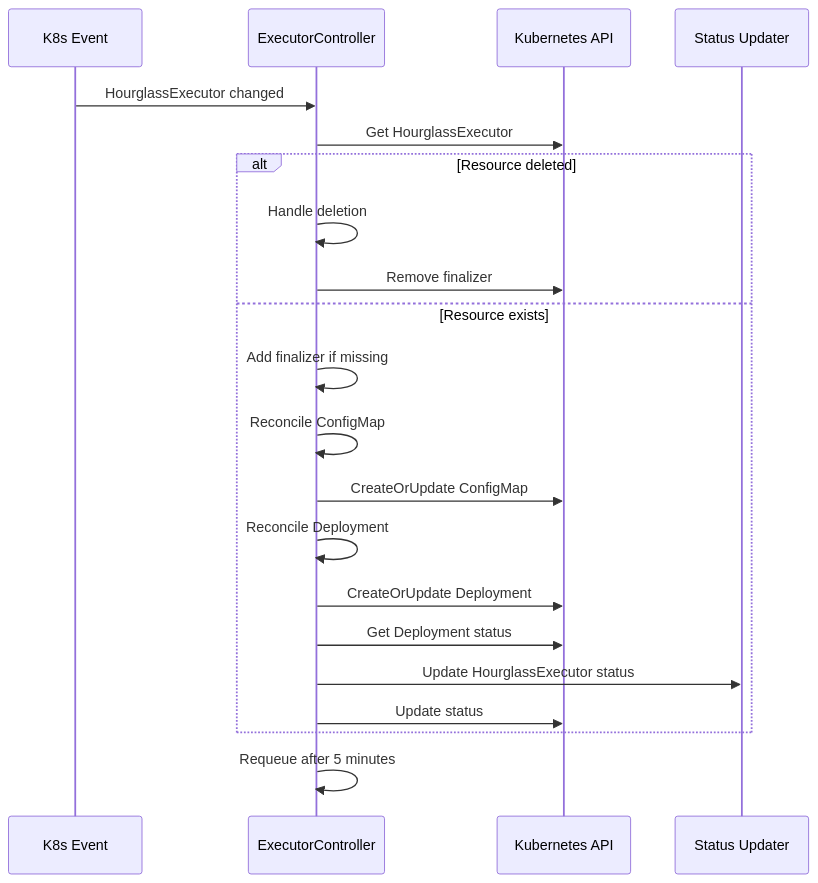
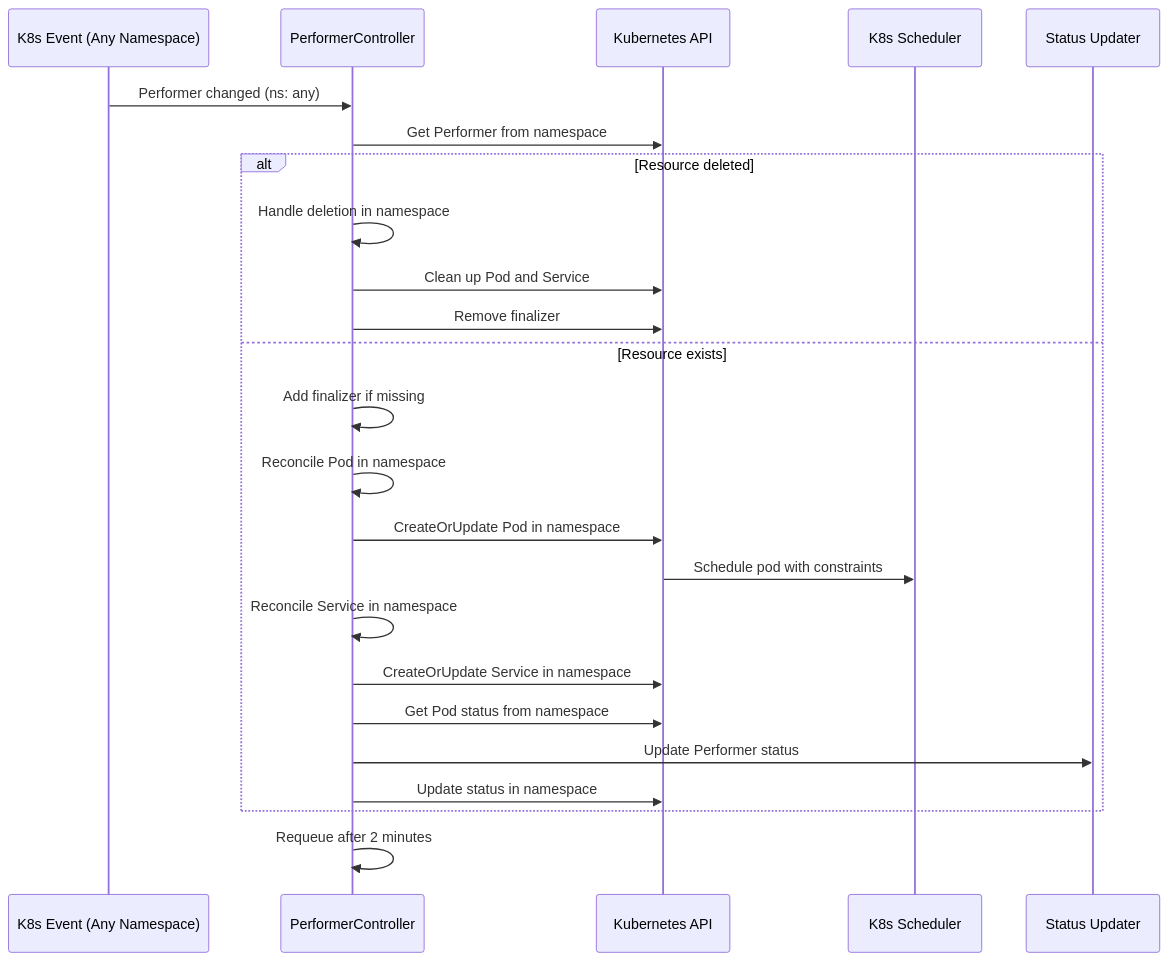
One commit to Layr-Labs/hourglass-monorepo changed the third of 4 diagrams in hourglass-operator/docs/operator/controller-architecture.md. Above: the diagram before and after it, drawn with Mermaid. The commit also changed other lines of this file and 4 other files, not shown here.

Commit message:
refactored and updated architecture

````diff
--- a/hourglass-operator/docs/operator/controller-architecture.md
+++ b/hourglass-operator/docs/operator/controller-architecture.md
@@ -45,26 +91,29 @@
 ```mermaid
 sequenceDiagram
-    participant Event as K8s Event
-    participant Controller as ExecutorController
+    participant Event as K8s Event (Any Namespace)
+    participant Controller as PerformerController
     participant K8s as Kubernetes API
+    participant Scheduler as K8s Scheduler
     participant Status as Status Updater
     
-    Event->>Controller: HourglassExecutor changed
-    Controller->>K8s: Get HourglassExecutor
+    Event->>Controller: Performer changed (ns: any)
+    Controller->>K8s: Get Performer from namespace
     
     alt Resource deleted
-        Controller->>Controller: Handle deletion
+        Controller->>Controller: Handle deletion in namespace
+        Controller->>K8s: Clean up Pod and Service
         Controller->>K8s: Remove finalizer
     else Resource exists
         Controller->>Controller: Add finalizer if missing
-        Controller->>Controller: Reconcile ConfigMap
-        Controller->>K8s: CreateOrUpdate ConfigMap
-        Controller->>Controller: Reconcile Deployment
-        Controller->>K8s: CreateOrUpdate Deployment
-        Controller->>K8s: Get Deployment status
-        Controller->>Status: Update HourglassExecutor status
-        Controller->>K8s: Update status
+        Controller->>Controller: Reconcile Pod in namespace
+        Controller->>K8s: CreateOrUpdate Pod in namespace
+        K8s->>Scheduler: Schedule pod with constraints
+        Controller->>Controller: Reconcile Service in namespace
+        Controller->>K8s: CreateOrUpdate Service in namespace
+        Controller->>K8s: Get Pod status from namespace
+        Controller->>Status: Update Performer status
+        Controller->>K8s: Update status in namespace
     end
     
-    Controller->>Controller: Requeue after 5 minutes
+    Controller->>Controller: Requeue after 2 minutes
 ```
````
